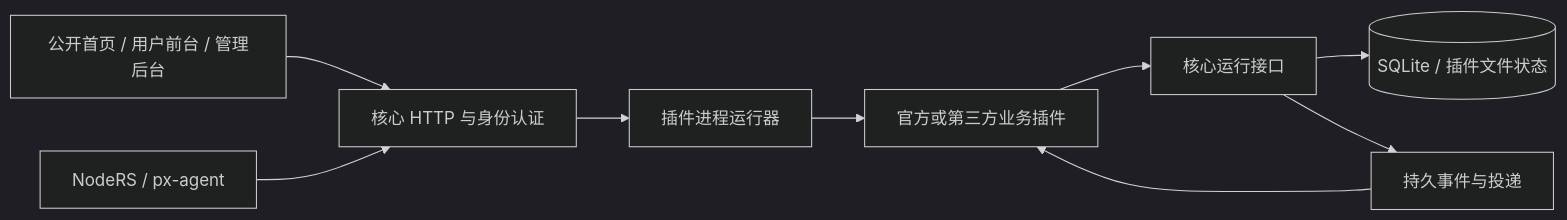
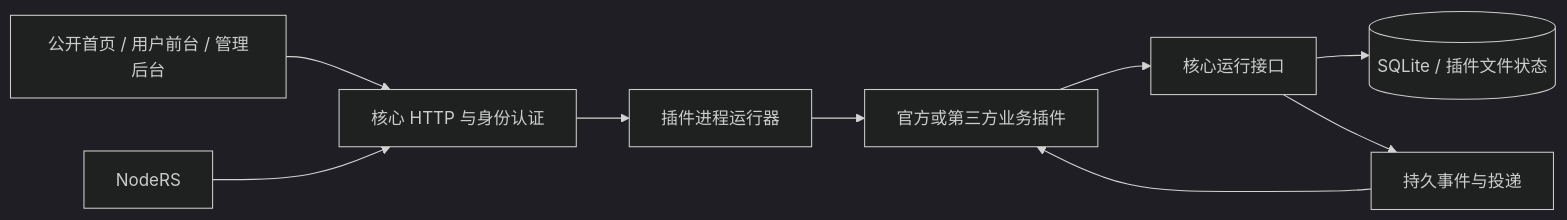
Before and after one commit to MoeClub-Open/PxBoard: the diagram in docs/architecture.md, drawn with Mermaid (dark theme). The commit also changed other lines of this file and 10 other files, not shown here.

````diff
--- a/docs/architecture.md
+++ b/docs/architecture.md
@@ -17,11 +17,11 @@
 ```mermaid
 flowchart LR
   Browser[公开首页 / 用户前台 / 管理后台] --> Core[核心 HTTP 与身份认证]
   Core --> Runner[插件进程运行器]
   Runner --> Business[官方或第三方业务插件]
   Business --> Runtime[核心运行接口]
   Runtime --> Data[(SQLite / 插件文件状态)]
   Runtime --> Events[持久事件与投递]
   Events --> Business
-  Node[NodeRS / px-agent] --> Core
+  Node[NodeRS] --> Core
 ```
````
